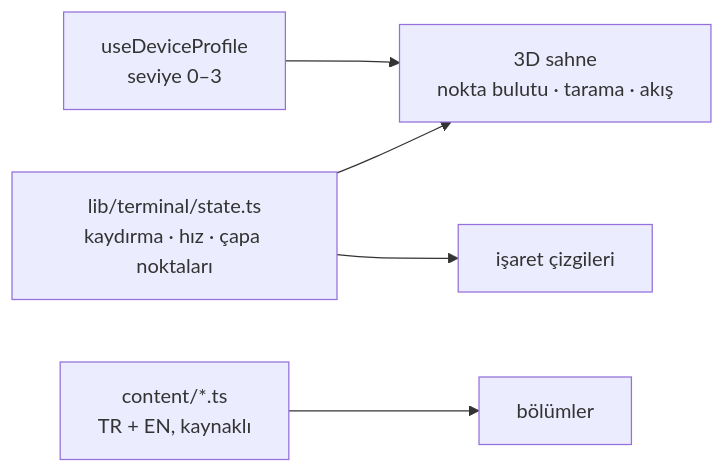
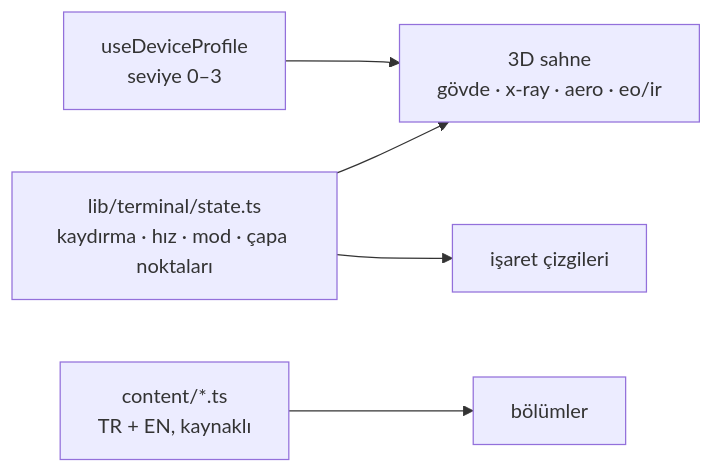
Before and after one commit to SpaceEngineerSS/kaan-3d-web-experience: the diagram in README.md, drawn with Mermaid. The commit also changed other lines of this file and 24 other files, not shown here.

````diff
--- a/README.md
+++ b/README.md
@@ -43,6 +43,6 @@
 ```mermaid
 flowchart LR
-    T["lib/terminal/state.ts<br/>kaydırma · hız · çapa noktaları"] --> S["3D sahne<br/>nokta bulutu · tarama · akış"] & L["işaret çizgileri"]
+    T["lib/terminal/state.ts<br/>kaydırma · hız · mod · çapa noktaları"] --> S["3D sahne<br/>gövde · x-ray · aero · eo/ir"] & L["işaret çizgileri"]
     C["content/*.ts<br/>TR + EN, kaynaklı"] --> P["bölümler"]
     D["useDeviceProfile<br/>seviye 0–3"] --> S
 ```
````
